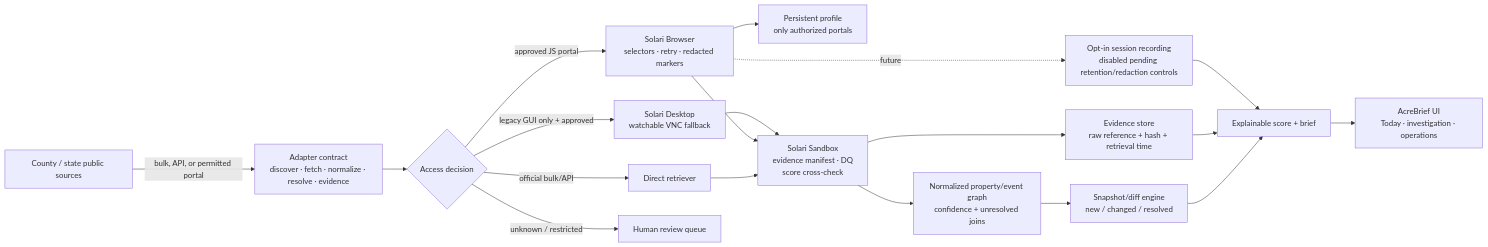
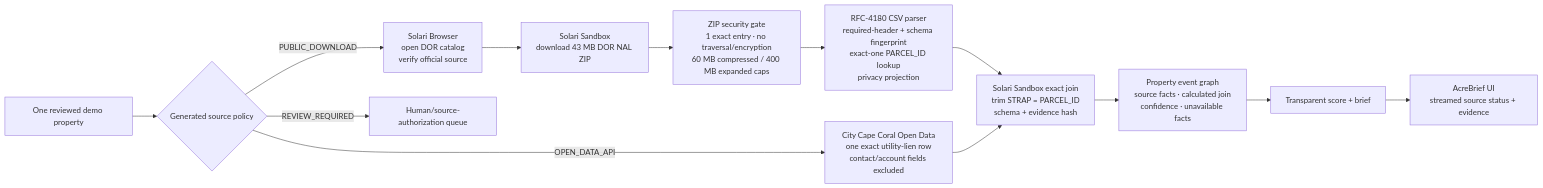
One commit to GDACS-droid/solari-cookbook changed the diagram in docs/SOLARI_ARCHITECTURE.md. Above: the diagram before and after it, drawn with Mermaid. The commit also changed other lines of this file and 30 other files, not shown here.

Commit message:
feat: ship live official-data AcreBrief investigation

````diff
--- a/docs/SOLARI_ARCHITECTURE.md
+++ b/docs/SOLARI_ARCHITECTURE.md
@@ -15,21 +9,15 @@
 ```mermaid
 flowchart LR
-  C[County / state public sources] -->|bulk, API, or permitted portal| D[Adapter contract\ndiscover · fetch · normalize · resolve · evidence]
-  D --> G{Access decision}
-  G -->|official bulk/API| Q[Direct retriever]
-  G -->|approved JS portal| B[Solari Browser\nselectors · retry · redacted markers]
-  G -->|legacy GUI only + approved| X[Solari Desktop\nwatchable VNC fallback]
-  G -->|unknown / restricted| H[Human review queue]
-  B -. future .-> R[Opt-in session recording\ndisabled pending retention/redaction controls]
-  B --> P[Persistent profile\nonly authorized portals]
-  Q --> S[Solari Sandbox\nevidence manifest · DQ\nscore cross-check]
-  B --> S
-  X --> S
-  S --> E[Evidence store\nraw reference + hash + retrieval time]
-  S --> N[Normalized property/event graph\nconfidence + unresolved joins]
-  N --> F[Snapshot/diff engine\nnew / changed / resolved]
-  F --> O[Explainable score + brief]
-  E --> O
-  R --> O
-  O --> U[AcreBrief UI\nToday · investigation · operations]
+  U[One reviewed demo property] --> P{Generated source policy}
+  P -->|PUBLIC_DOWNLOAD| B[Solari Browser\nopen DOR catalog\nverify official source]
+  B --> S[Solari Sandbox\ndownload 43 MB DOR NAL ZIP]
+  S --> Z[ZIP security gate\n1 exact entry · no traversal/encryption\n60 MB compressed / 400 MB expanded caps]
+  Z --> C[RFC-4180 CSV parser\nrequired-header + schema fingerprint\nexact-one PARCEL_ID lookup\nprivacy projection]
+  P -->|OPEN_DATA_API| M[City Cape Coral Open Data\none exact utility-lien row\ncontact/account fields excluded]
+  C --> J[Solari Sandbox exact join\ntrim STRAP = PARCEL_ID\nschema + evidence hash]
+  M --> J
+  J --> G[Property event graph\nsource facts · calculated join\nconfidence · unavailable facts]
+  G --> Q[Transparent score + brief]
+  Q --> UI[AcreBrief UI\nstreamed source status + evidence]
+  P -->|REVIEW_REQUIRED| H[Human/source-authorization queue]
 ```
````
